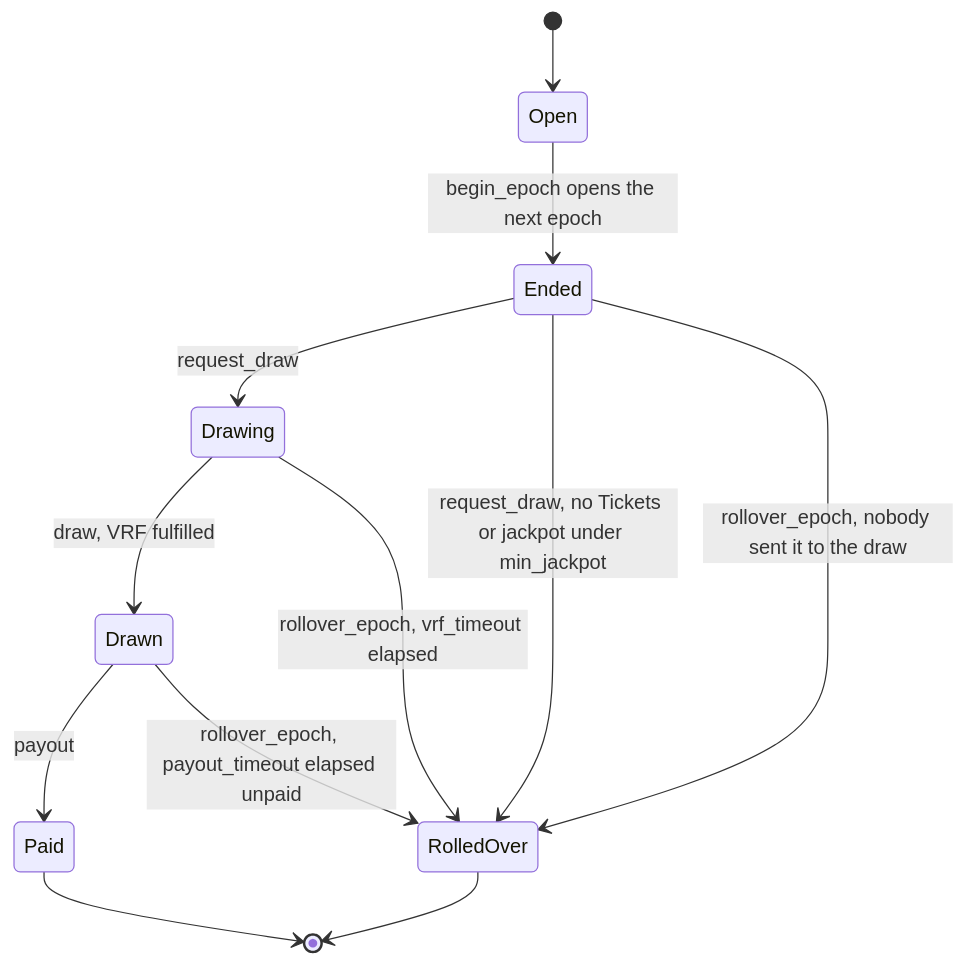
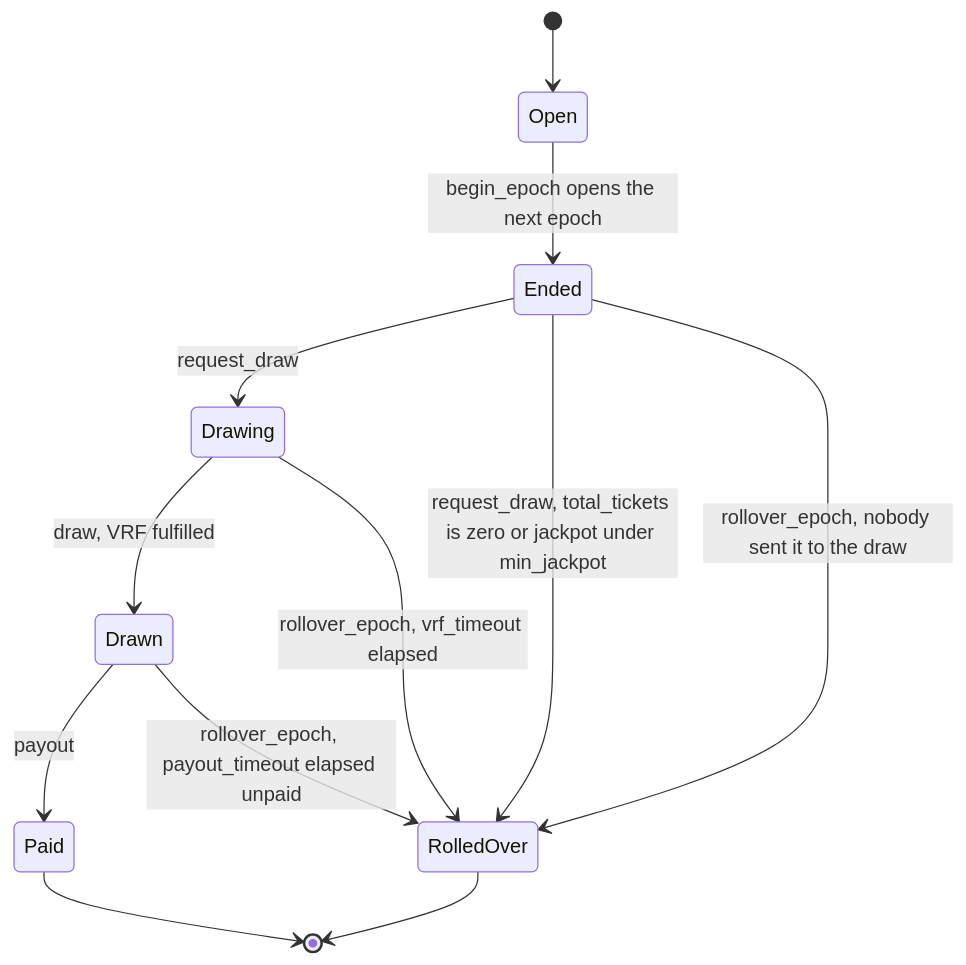
One commit to easonchai/hexofun changed the fifth of 5 diagrams in docs/architecture.md. Above: the diagram before and after it, drawn with Mermaid. The commit also changed other lines of this file and 2 other files, not shown here.

Commit message:
docs: architecture loses the Round lifecycle and the Weight tree, tick list matches the custody-only steps

````diff
--- a/docs/architecture.md
+++ b/docs/architecture.md
@@ -283,14 +266,14 @@
 ```mermaid
 stateDiagram-v2
     [*] --> Open
     Open --> Ended: begin_epoch opens the next epoch
     Ended --> Drawing: request_draw
-    Ended --> RolledOver: request_draw, no Tickets or jackpot under min_jackpot
+    Ended --> RolledOver: request_draw, total_tickets is zero or jackpot under min_jackpot
     Ended --> RolledOver: rollover_epoch, nobody sent it to the draw
     Drawing --> Drawn: draw, VRF fulfilled
     Drawing --> RolledOver: rollover_epoch, vrf_timeout elapsed
     Drawn --> Paid: payout
     Drawn --> RolledOver: rollover_epoch, payout_timeout elapsed unpaid
     Paid --> [*]
     RolledOver --> [*]
 ```
````
